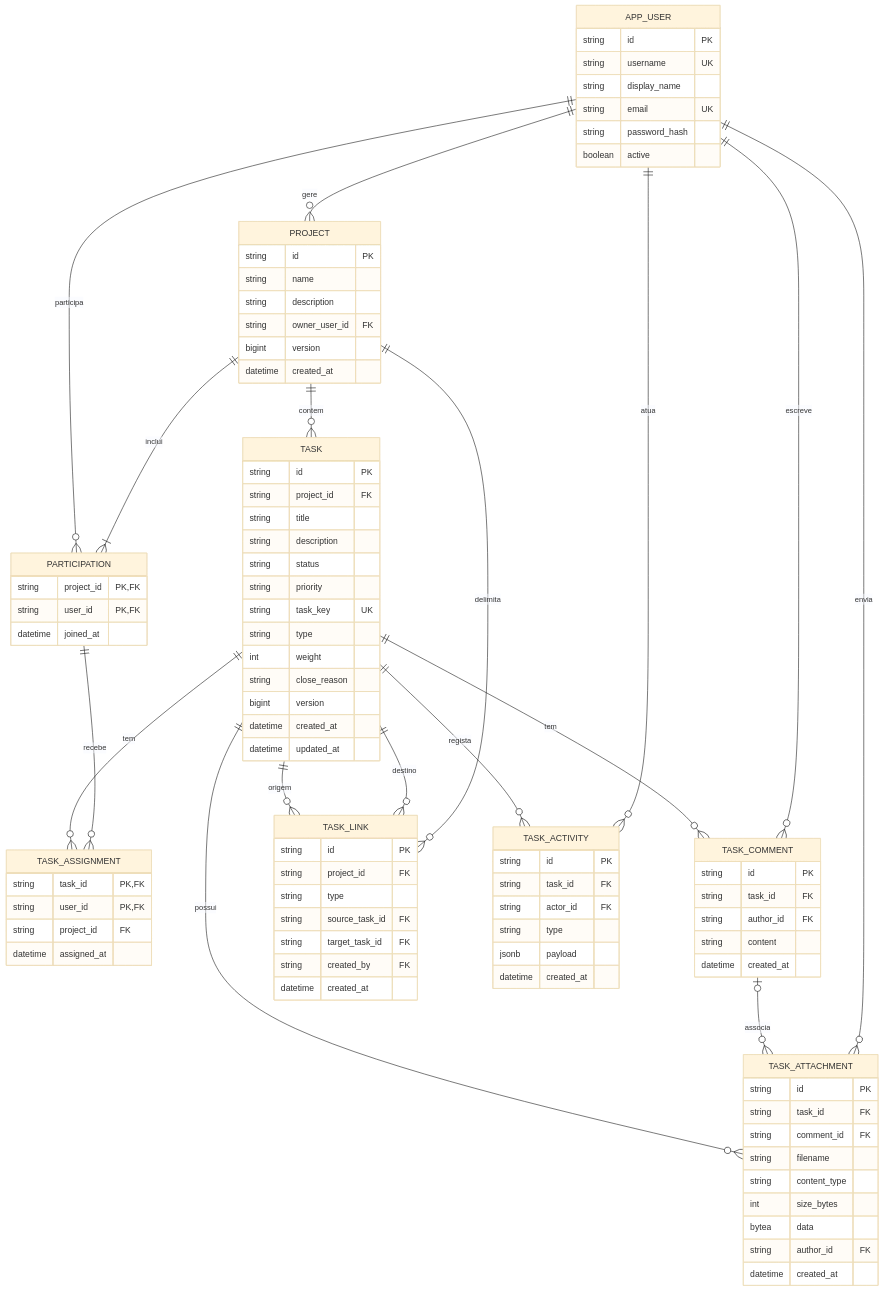
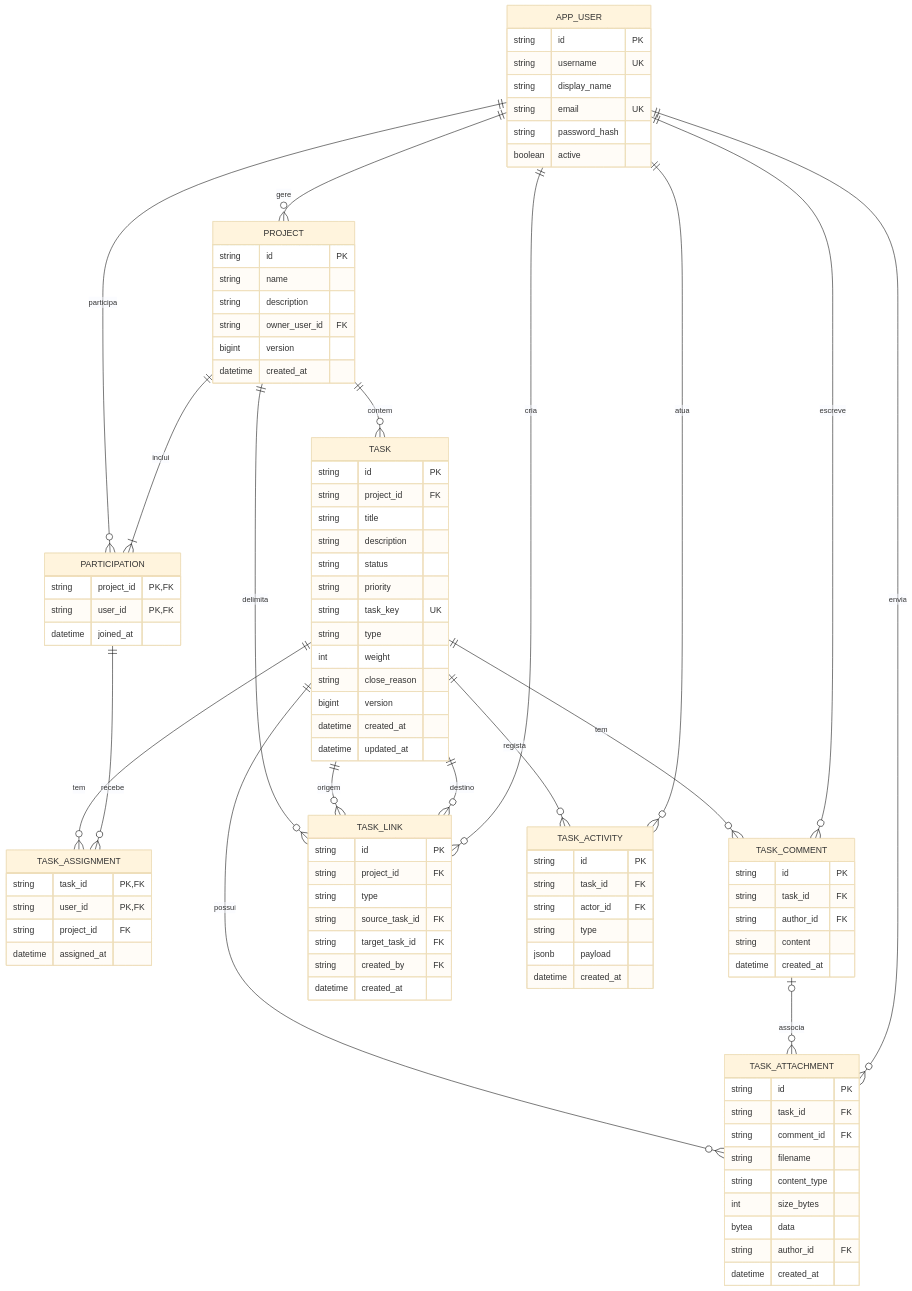
One commit to Fibigor/matriz changed the diagram in docs/database.md. Above: the diagram before and after it, drawn with Mermaid (base theme). The commit also changed other lines of this file and 17 other files, not shown here.

Commit message:
feat: update architecture documentation

```diff
--- a/docs/database.md
+++ b/docs/database.md
@@ -36,9 +38,10 @@
     PARTICIPATION ||--o{ TASK_ASSIGNMENT : recebe
     TASK ||--o{ TASK_COMMENT : tem
     APP_USER ||--o{ TASK_COMMENT : escreve
+    PROJECT ||--o{ TASK_LINK : delimita
     TASK ||--o{ TASK_LINK : origem
     TASK ||--o{ TASK_LINK : destino
-    PROJECT ||--o{ TASK_LINK : delimita
+    APP_USER ||--o{ TASK_LINK : cria
     TASK ||--o{ TASK_ATTACHMENT : possui
     TASK_COMMENT o|--o{ TASK_ATTACHMENT : associa
     APP_USER ||--o{ TASK_ATTACHMENT : envia
```
